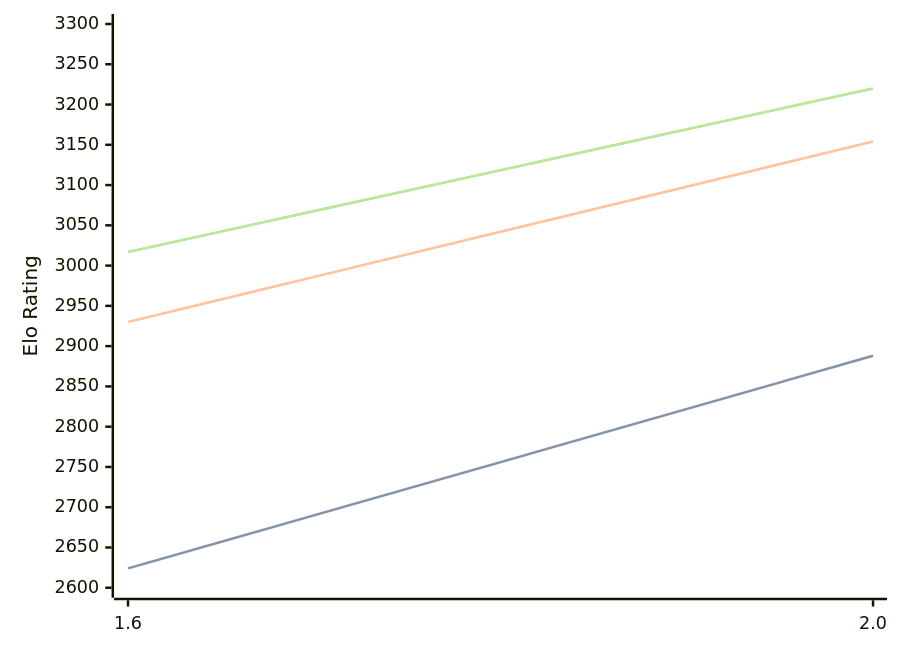
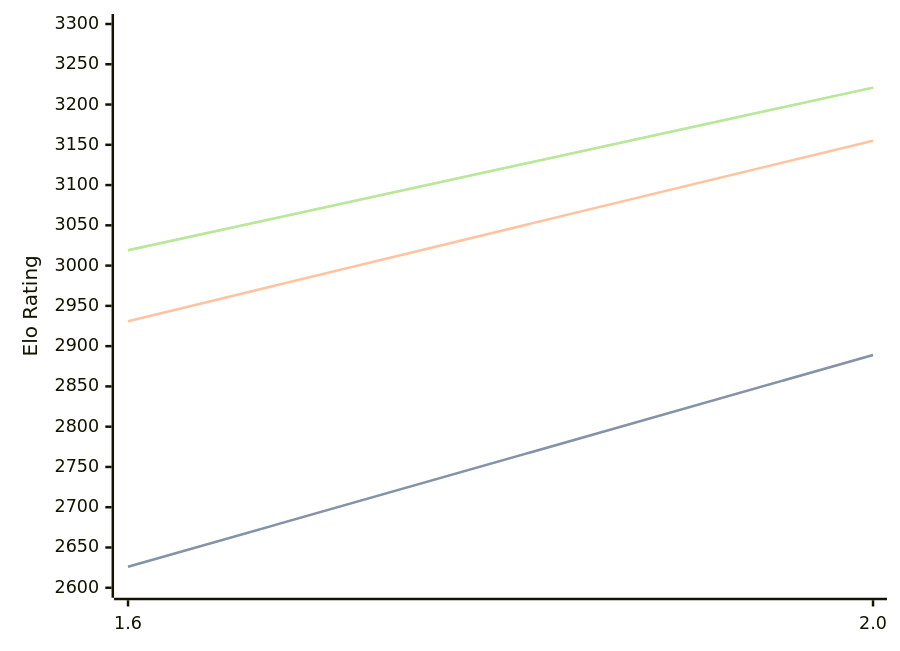
One commit to computer-chess-index/cci changed the diagram in engines/Onyx.md. Above: the diagram before and after it, drawn with Mermaid. The commit also changed other lines of this file, not shown here.

Commit message:
Update CCI Ratings (ELO VLTC) - 2026-08-26

````diff
--- a/engines/Onyx.md
+++ b/engines/Onyx.md
@@ -32,11 +32,11 @@
 ```mermaid
 %%{init: {"theme":"base","themeVariables":{"seriesColors:['#a3a3a3','#222221','#faa371']}}}%%
 xychart-beta
   x-axis ["1.6", "2.0"]
   y-axis "Elo Rating" 2600 --> 3300
-  line "STC (8.0+0.08s)" [2624, 2888]
-  line "STC (8.0+0.08s)" [2624, 2888]
-  line "LTC (60.0+0.60s)" [2930, 3154]
-  line "VLTC (2m24s+1.12s)" [3017, 3220]
-  line "VLTC (2m24s+1.12s)" [3017, 3220]
+  line "STC (8.0+0.08s)" [2626, 2889]
+  line "STC (8.0+0.08s)" [2626, 2889]
+  line "LTC (60.0+0.60s)" [2931, 3155]
+  line "VLTC (2m24s+1.12s)" [3019, 3221]
+  line "VLTC (2m24s+1.12s)" [3019, 3221]
 ```
````
